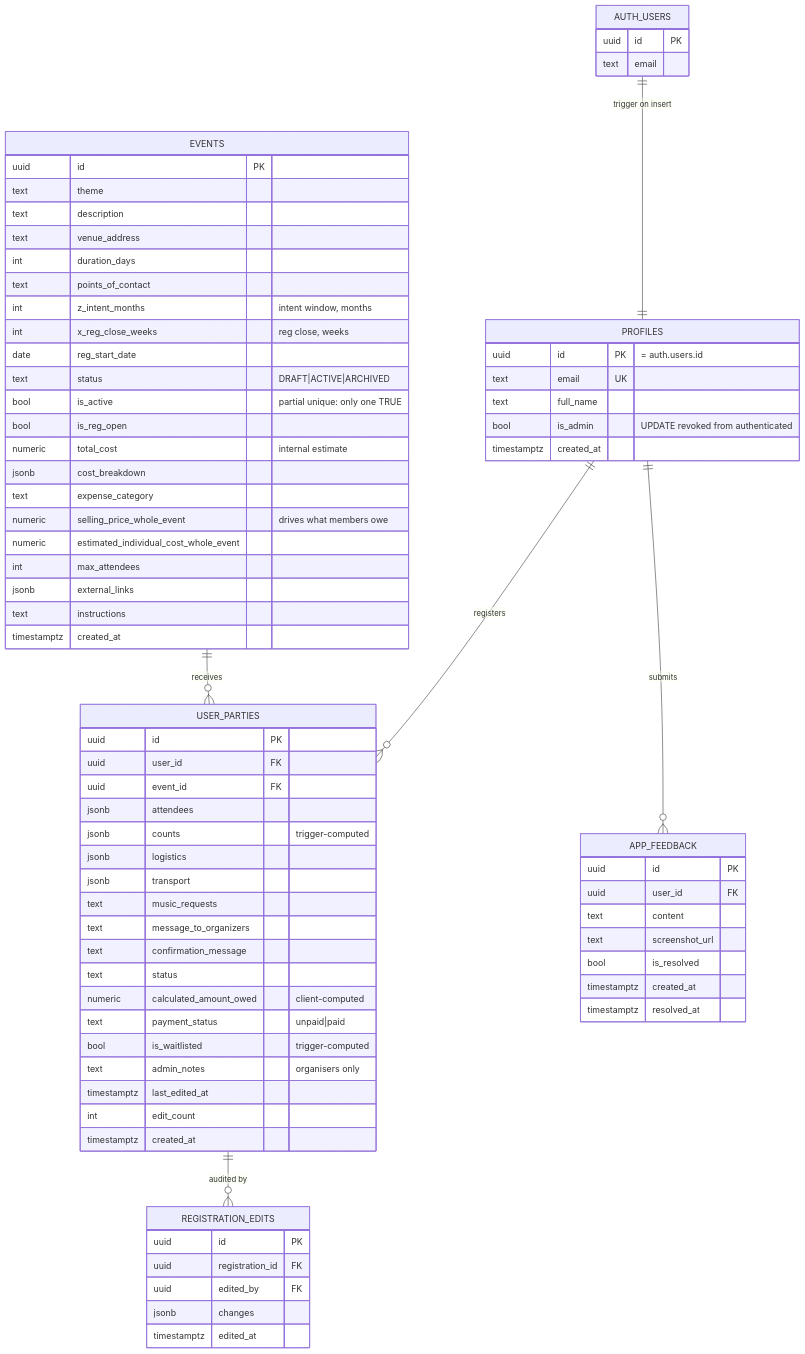
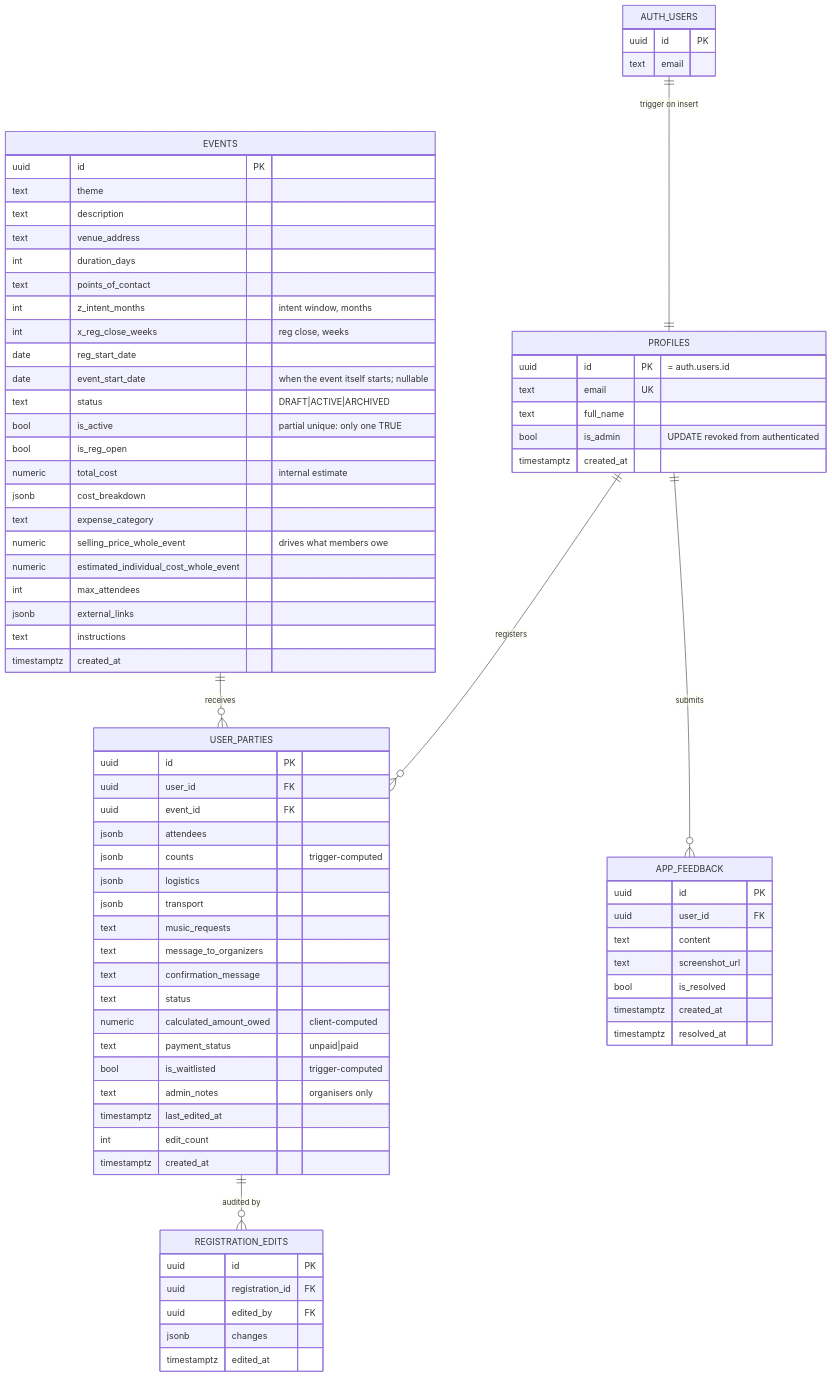
The first of 2 diagrams in docs/03-data-model.md (YULmix/yulmix-la-bedaine), drawn with Mermaid before and after one commit. The commit also changed other lines of this file and 4 other files, not shown here.

````diff
--- a/docs/03-data-model.md
+++ b/docs/03-data-model.md
@@ -10,79 +10,80 @@
 ```mermaid
 erDiagram
   AUTH_USERS ||--|| PROFILES : "trigger on insert"
   PROFILES ||--o{ USER_PARTIES : "registers"
   EVENTS ||--o{ USER_PARTIES : "receives"
   PROFILES ||--o{ APP_FEEDBACK : "submits"
   USER_PARTIES ||--o{ REGISTRATION_EDITS : "audited by"
 
   AUTH_USERS {
     uuid id PK
     text email
   }
   PROFILES {
     uuid id PK "= auth.users.id"
     text email UK
     text full_name
     bool is_admin "UPDATE revoked from authenticated"
     timestamptz created_at
   }
   EVENTS {
     uuid id PK
     text theme
     text description
     text venue_address
     int duration_days
     text points_of_contact
     int z_intent_months "intent window, months"
     int x_reg_close_weeks "reg close, weeks"
     date reg_start_date
+    date event_start_date "when the event itself starts; nullable"
     text status "DRAFT|ACTIVE|ARCHIVED"
     bool is_active "partial unique: only one TRUE"
     bool is_reg_open
     numeric total_cost "internal estimate"
     jsonb cost_breakdown
     text expense_category
     numeric selling_price_whole_event "drives what members owe"
     numeric estimated_individual_cost_whole_event
     int max_attendees
     jsonb external_links
     text instructions
     timestamptz created_at
   }
   USER_PARTIES {
     uuid id PK
     uuid user_id FK
     uuid event_id FK
     jsonb attendees
     jsonb counts "trigger-computed"
     jsonb logistics
     jsonb transport
     text music_requests
     text message_to_organizers
     text confirmation_message
     text status
     numeric calculated_amount_owed "client-computed"
     text payment_status "unpaid|paid"
     bool is_waitlisted "trigger-computed"
     text admin_notes "organisers only"
     timestamptz last_edited_at
     int edit_count
     timestamptz created_at
   }
   APP_FEEDBACK {
     uuid id PK
     uuid user_id FK
     text content
     text screenshot_url
     bool is_resolved
     timestamptz created_at
     timestamptz resolved_at
   }
   REGISTRATION_EDITS {
     uuid id PK
     uuid registration_id FK
     uuid edited_by FK
     jsonb changes
     timestamptz edited_at
   }
 ```
````
